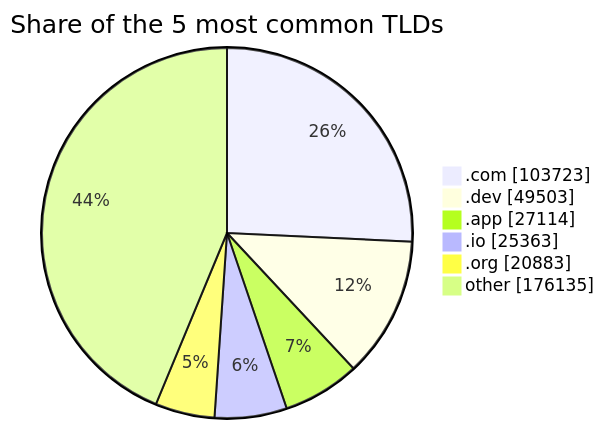
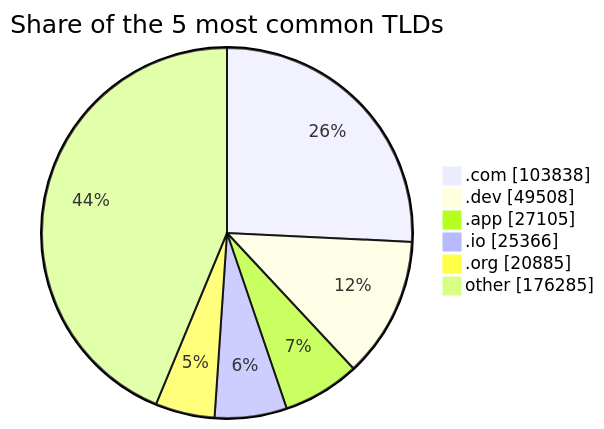
The third of 3 diagrams in README.md (DNSBunker/CTI), drawn with Mermaid before and after one commit. The commit also changed other lines of this file and 3 other files, not shown here.

````diff
--- a/README.md
+++ b/README.md
@@ -81,9 +81,9 @@
 ```mermaid
 pie showData title Share of the 5 most common TLDs
-    ".com" : 103723
-    ".dev" : 49503
-    ".app" : 27114
-    ".io" : 25363
-    ".org" : 20883
-    "other" : 176135
+    ".com" : 103838
+    ".dev" : 49508
+    ".app" : 27105
+    ".io" : 25366
+    ".org" : 20885
+    "other" : 176285
 ```
````
